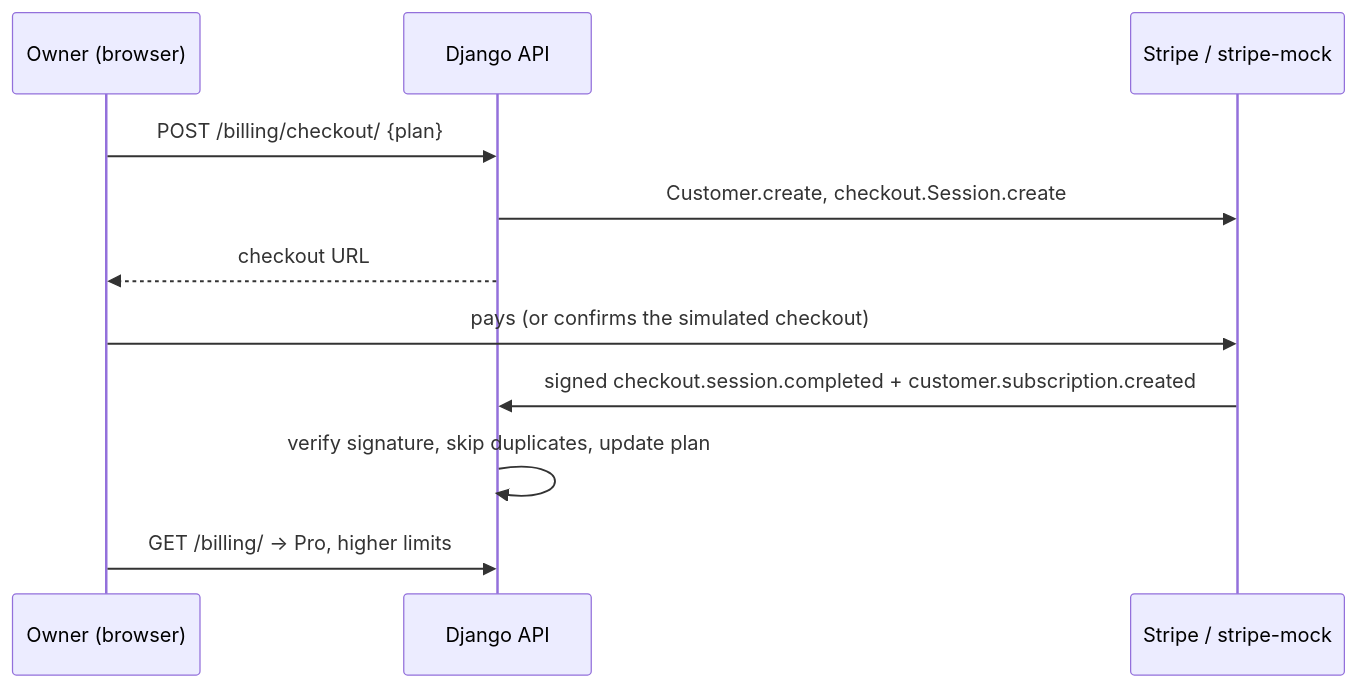
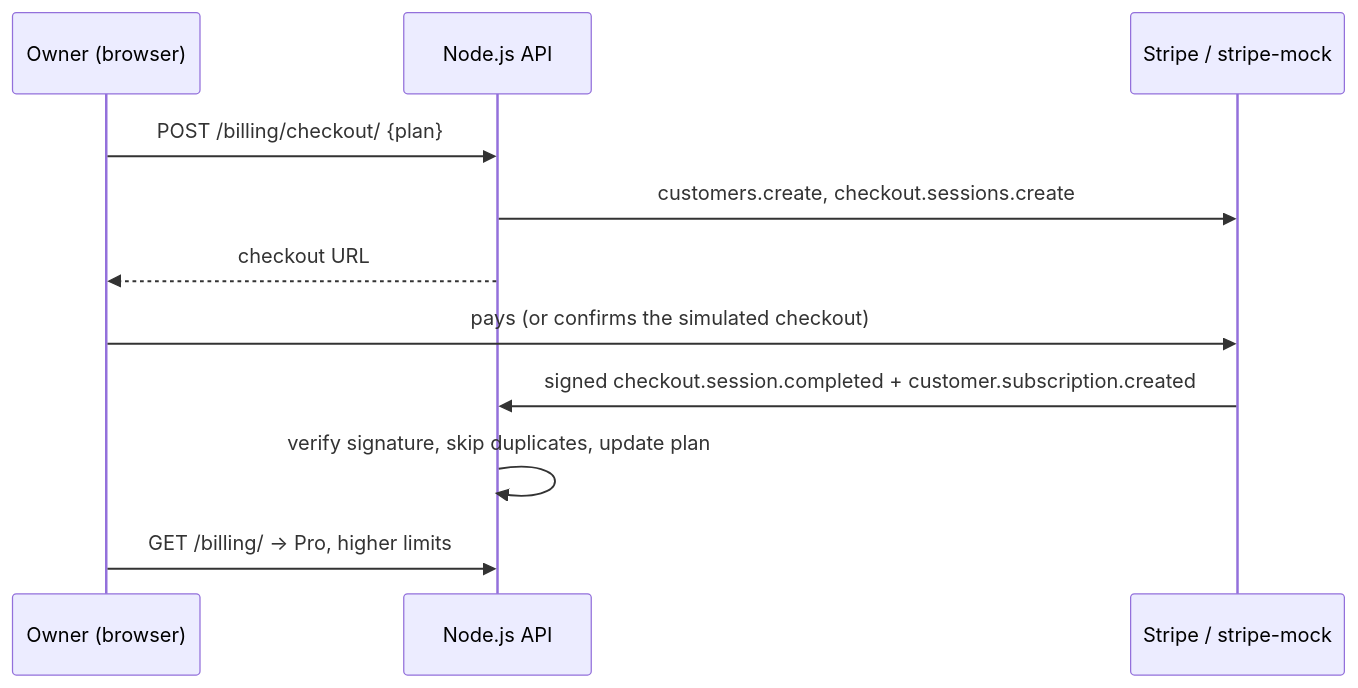
The diagram in FS-04/docs/09-billing.md (Adarsh619/Rout_Adarsh_Pradhan_Capstone_Projects), drawn with Mermaid before and after one commit. The commit also changed other lines of this file and 298 other files, not shown here.

````diff
--- a/FS-04/docs/09-billing.md
+++ b/FS-04/docs/09-billing.md
@@ -19,13 +19,13 @@
 ```mermaid
 sequenceDiagram
   participant O as Owner (browser)
-  participant A as Django API
+  participant A as Node.js API
   participant S as Stripe / stripe-mock
   O->>A: POST /billing/checkout/ {plan}
-  A->>S: Customer.create, checkout.Session.create
+  A->>S: customers.create, checkout.sessions.create
   A-->>O: checkout URL
   O->>S: pays (or confirms the simulated checkout)
   S->>A: signed checkout.session.completed + customer.subscription.created
   A->>A: verify signature, skip duplicates, update plan
   O->>A: GET /billing/ → Pro, higher limits
 ```
````
